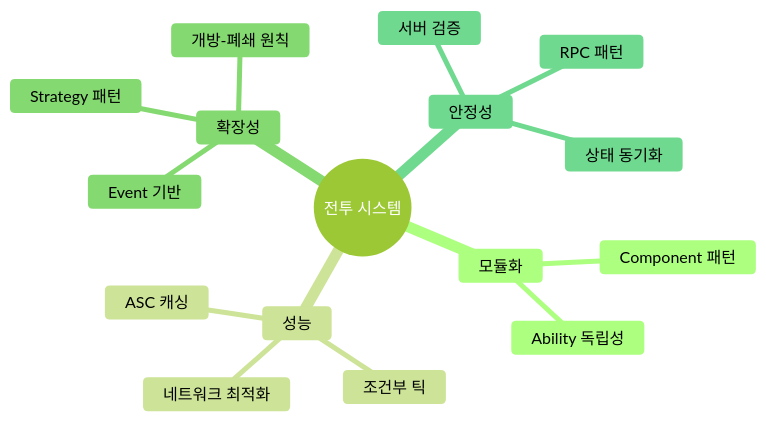
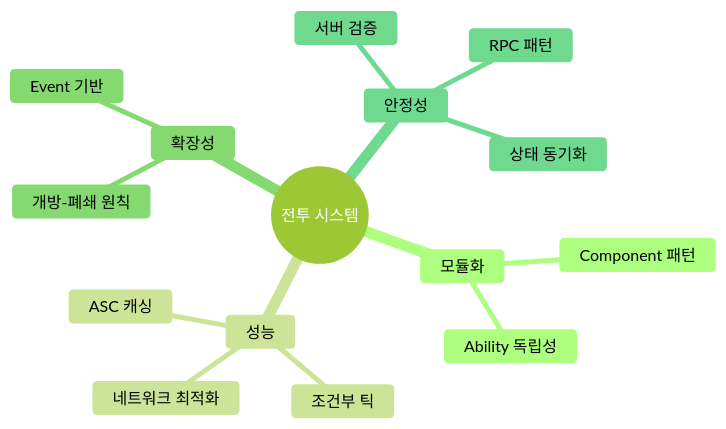
The tenth of 10 diagrams in README.md (lazylee-l2i/ProjectRedC_UE), drawn with Mermaid (forest theme) before and after one commit. The commit also changed other lines of this file and 340 other files, not shown here.

````diff
--- a/README.md
+++ b/README.md
@@ -572,19 +551,18 @@
 ```mermaid
 mindmap
   root((전투 시스템))
     모듈화
       Component 패턴
       Ability 독립성
     성능
       ASC 캐싱
       조건부 틱
       네트워크 최적화
     확장성
-      Strategy 패턴
       Event 기반
       개방-폐쇄 원칙
     안정성
       서버 검증
       RPC 패턴
       상태 동기화
 ```
````
